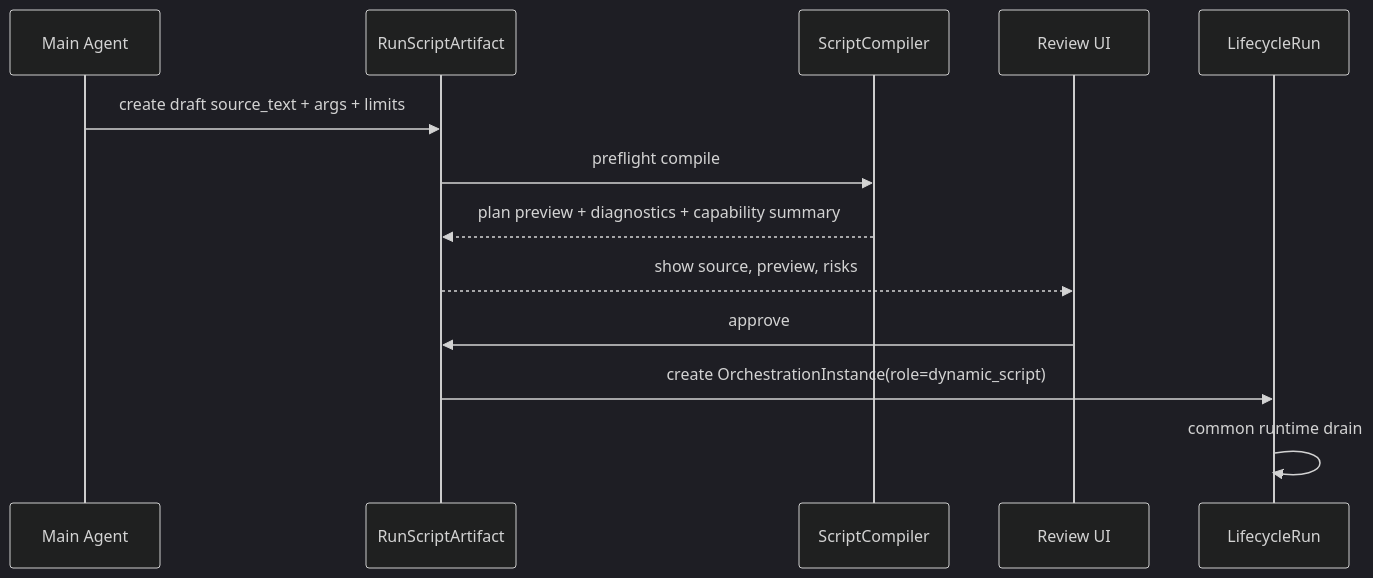
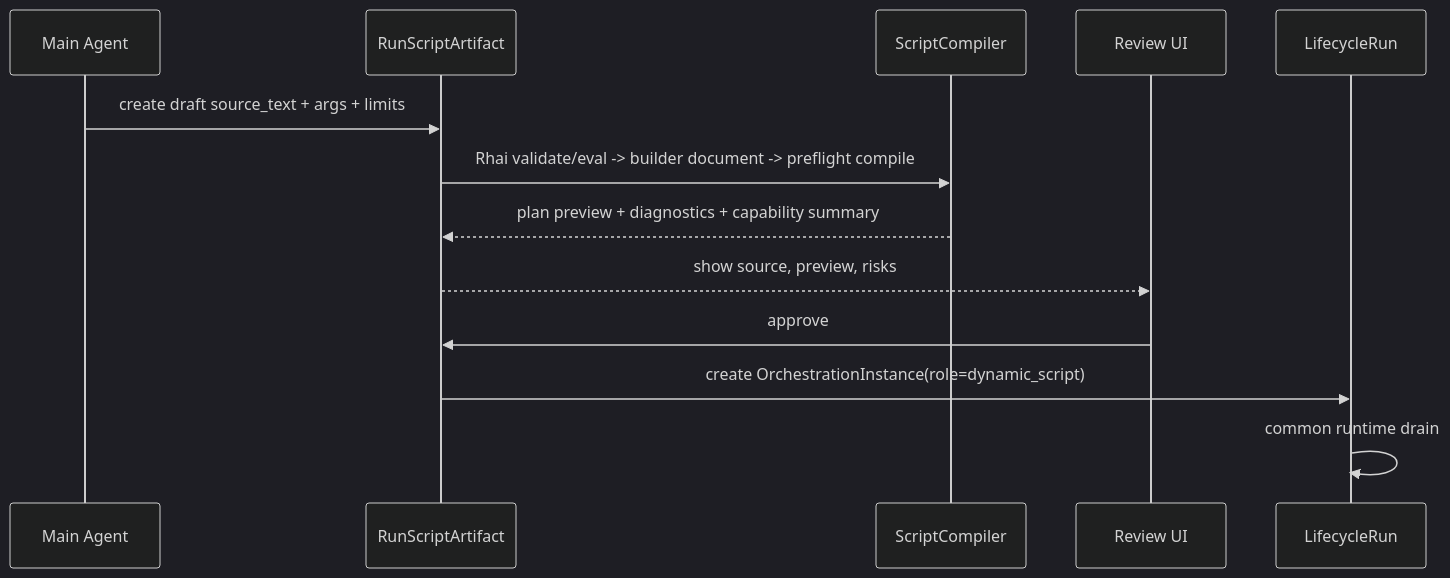
Before and after one commit to syan2018/AgentDash: the second of 2 diagrams in .trellis/tasks/06-06-dynamic-script-artifact-compiler/design.md, drawn with Mermaid (dark theme). The commit also changed other lines of this file and 4 other files, not shown here.

````diff
--- a/.trellis/tasks/06-06-dynamic-script-artifact-compiler/design.md
+++ b/.trellis/tasks/06-06-dynamic-script-artifact-compiler/design.md
@@ -122,16 +211,16 @@
 ```mermaid
 sequenceDiagram
     participant Agent as Main Agent
     participant Draft as RunScriptArtifact
     participant Compiler as ScriptCompiler
     participant UI as Review UI
     participant Run as LifecycleRun
 
     Agent->>Draft: create draft source_text + args + limits
-    Draft->>Compiler: preflight compile
+    Draft->>Compiler: Rhai validate/eval -> builder document -> preflight compile
     Compiler-->>Draft: plan preview + diagnostics + capability summary
     Draft-->>UI: show source, preview, risks
     UI->>Draft: approve
     Draft->>Run: create OrchestrationInstance(role=dynamic_script)
     Run->>Run: common runtime drain
 ```
````
